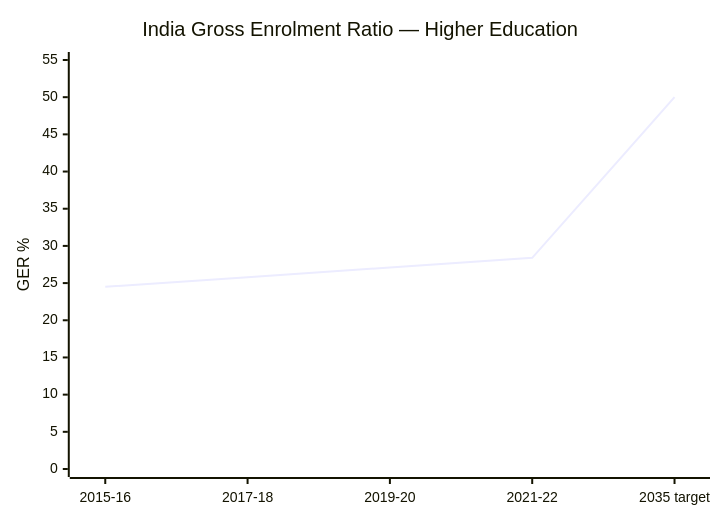
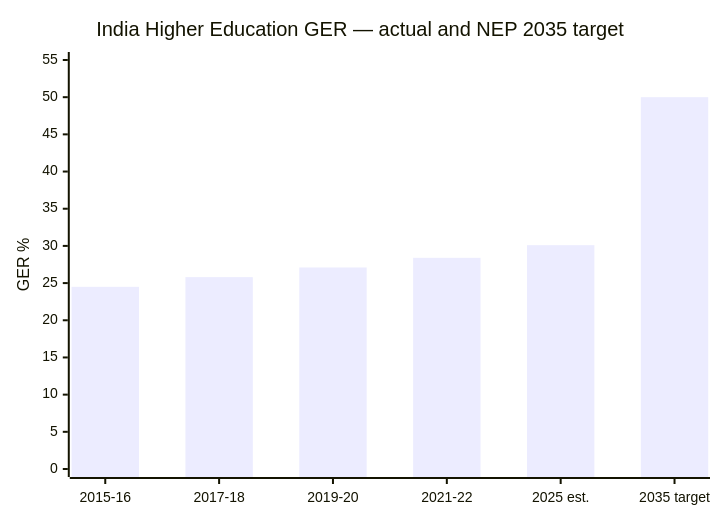
The first of 3 diagrams in Stakeholders/Policy-and-Government.mdx (aashrutsharma2/docs), drawn with Mermaid before and after one commit. The commit also changed other lines of this file and 3 other files, not shown here.

````diff
--- a/Stakeholders/Policy-and-Government.mdx
+++ b/Stakeholders/Policy-and-Government.mdx
@@ -22,7 +18,7 @@
 ```mermaid
 xychart-beta
-    title "India Gross Enrolment Ratio — Higher Education"
-    x-axis ["2015-16", "2017-18", "2019-20", "2021-22", "2035 target"]
+    title "India Higher Education GER — actual and NEP 2035 target"
+    x-axis ["2015-16", "2017-18", "2019-20", "2021-22", "2025 est.", "2035 target"]
     y-axis "GER %" 0 --> 55
-    line [24.5, 25.8, 27.1, 28.4, 50]
+    bar [24.5, 25.8, 27.1, 28.4, 30.1, 50]
 ```
````
